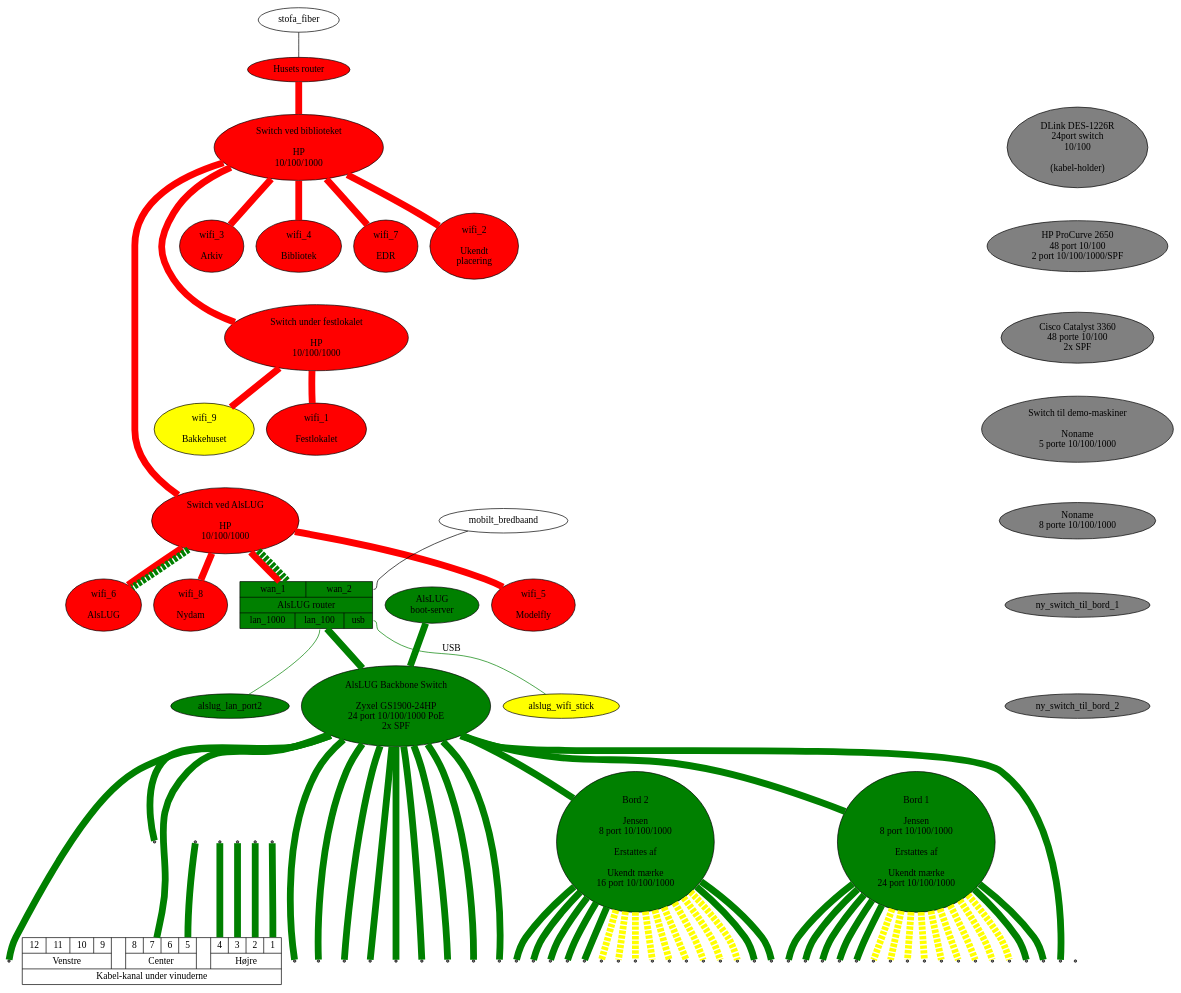
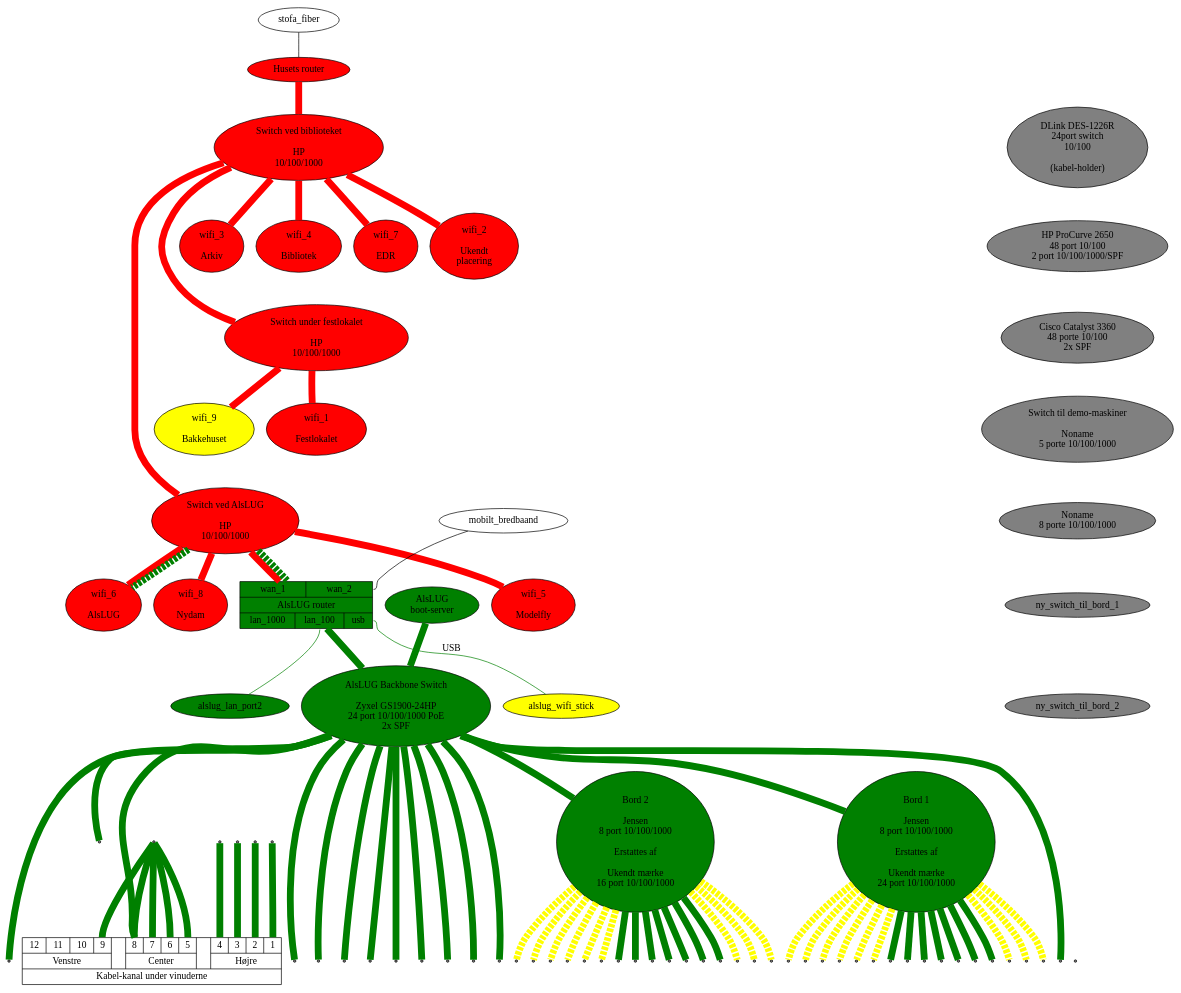
Before and after one commit to alslug/alslug.dk: the diagram in projekter/network.dot, drawn with Graphviz.

```diff
--- a/projekter/network.dot
+++ b/projekter/network.dot
@@ -1,119 +1,123 @@
 digraph xxx {
 #  link_12a [ shape=point ];
 #  link_12b [ shape=point ];
 #  link_12c [ shape=point ];
   edge [ dir=none penwidth=10 ];
 
   node [ style=filled fillcolor=red ];
   husets_router [ label="Husets router" ];
   husets_switch_1 [ label="Switch ved biblioteket\n\nHP\n10/100/1000" ];
   husets_switch_2 [ label="Switch ved AlsLUG\n\nHP\n10/100/1000" ];
   festlokale_switch [ label="Switch under festlokalet\n\nHP\n10/100/1000" ];
   wifi_1 [ label=" wifi_1 \n\n Festlokalet "                ];
   wifi_2 [ label=" wifi_2 \n\n Ukendt \n placering "        ];
   wifi_3 [ label=" wifi_3 \n\n Arkiv "                      ];
   wifi_4 [ label=" wifi_4 \n\n Bibliotek "                  ];
   wifi_5 [ label=" wifi_5 \n\n Modelfly "                   ];
   wifi_6 [ label=" wifi_6 \n\n AlsLUG "                     ];
   wifi_7 [ label=" wifi_7 \n\n EDR "                        ];
   wifi_8 [ label=" wifi_8 \n\n Nydam "                      ];
   wifi_9 [ label=" wifi_9 \n\n Bakkehuset" fillcolor=yellow ];
   
   node [ style=filled fillcolor=green ];
   alslug_router [ shape=record label="{{<wan_1> wan_1|<wan_2> wan_2}|AlsLUG router|{<lan_1000> lan_1000|<lan_100> lan_100|<usb> usb}}" ];
   alslug_gl_bootserver [ label="AlsLUG\nboot-server" ];
   alslug_backbone_switch [ label="AlsLUG Backbone Switch\n\nZyxel GS1900-24HP\n24 port 10/100/1000 PoE\n2x SPF"];
   bord_1 [ label="Bord 1\n\nJensen\n8 port 10/100/1000\n\n Erstattes af\n\nUkendt mærke\n24 port 10/100/1000"];
   bord_2 [ label="Bord 2\n\nJensen\n8 port 10/100/1000\n\n Erstattes af\n\nUkendt mærke\n16 port 10/100/1000"];
   alslug_wifi_stick alslug_lan_port2;
   
   // Udstyr som pt ikke bruges
   node [ style=filled fillcolor=gray ];
   switch_24p      [ label="DLink DES-1226R\n24port switch\n10/100\n\n(kabel-holder)"];
   switch_48p      [ label="HP ProCurve 2650\n48 port 10/100\n2 port 10/100/1000/SPF"];
   switch_48p_poe  [ label="Cisco Catalyst 3360\n48 porte 10/100\n2x SPF"];
   switch_5p       [ label="Switch til demo-maskiner\n\nNoname\n5 porte 10/100/1000" ];
   switch_8p       [ label="Noname\n8 porte 10/100/1000"];
   
   switch_24p -> switch_48p -> switch_48p_poe -> switch_5p -> switch_8p -> ny_switch_til_bord_1 -> ny_switch_til_bord_2 -> bord_1 [ color=invis ];
   
   
   node [ style=normal ];
   // Internet forbindelser
   stofa_fiber      -> husets_router:wan_1 [ penwidth=1 fillcolor=black style=filled ];
   mobilt_bredbaand -> alslug_router:wan_2 [ penwidth=1 fillcolor=black style=filled ];
   
   // Husets forbindelser
   edge  [ color=red style=solid ];
   husets_switch_1 -> festlokale_switch -> {             wifi_1                                                  wifi_9 };
   husets_router -> husets_switch_1 -> {                        wifi_2 wifi_3 wifi_4               wifi_7               };
   husets_switch_1 -> husets_switch_2 -> { alslug_router                             wifi_5 wifi_6        wifi_8        };
 
   // VLAN forbindelser over bakkensbros netværk
   edge  [ color=green style=dashed ];
   husets_switch_2 -> { alslug_router:wan_1 wifi_6 };
 
   alslug_wifi_stick [ fillcolor=yellow style=filled ];
 
   // Interne forbindelser
   edge [ color=green style=solid ];
   node [ shape=point ];
   
   {alslug_router:lan_1000 alslug_gl_bootserver} -> alslug_backbone_switch -> { bord_1 bord_2 
                   vindue:1
                   vindue:2
                   vindue:3
                   vindue:4
                   vindue:5
                   vindue:6
                   vindue:7
                   vindue:8
                   vindue:9
                   vindue:10
                   vindue:11
                   vindue:12
                   vinude_left_12  vindue_left_11  vindue_left_10  vindue_left_9
                   vindue_center_8 vindue_center_7 vindue_center_6 vindue_center_5
                   vindue_right_4  vindue_right_3  vindue_right_2  vindue_right_1
                   }
 
   alslug_router:usb -> alslug_wifi_stick [ penwidth=1 label="USB" ];
   alslug_router:lan_100 -> alslug_lan_port2 [ penwidth=1 ];
   
   bord_1 -> {
                   bord_1_1 bord_1_2 bord_1_3 bord_1_4 bord_1_5 bord_1_6 bord_1_7
                 };
   bord_1 -> {
                   bord_1_8 bord_1_9 bord_1_10 bord_1_11 bord_1_12 bord_1_13 bord_1_14 bord_1_15 bord_1_16
                 } [ style=dashed color=yellow ];
   bord_2 -> {
                   bord_2_1 bord_2_2 bord_2_3 bord_2_4 bord_2_5 bord_2_6 bord_2_7
                 };
   bord_2 -> {
                   bord_2_8 bord_2_9 bord_2_10 bord_2_11 bord_2_12 bord_2_13 bord_2_14 bord_2_15 bord_2_16
                 } [ style=dashed color=yellow ];
                 
   xxxxx1 -> vindue:1;
   xxxxx2 -> vindue:2;
   xxxxx3 -> vindue:3;
   xxxxx4 -> vindue:4;
   xxxxx5 -> vindue:5;
+  xxxxx5 -> vindue:6;
+  xxxxx5 -> vindue:7;
+  xxxxx5 -> vindue:8;
+  xxxxx5 -> vindue:9;
 
   edge [ color=invis ];
   husets_switch_1 -> wifi_2 -> festlokale_switch -> wifi_1 -> husets_switch_2;
   vindue [ shape=record label="{{ {{<12> 12|<11> 11|<10> 10|<9> 9}  | Venstre }||
                                   {{<8> 8|<7> 7|<6> 6|<5> 5}        | Center  }||
                                   {{<4> 4|<3> 3|<2> 2|<1> 1}        | Højre   }}| Kabel-kanal under vinuderne }}" ];
 
   subgraph {
     rank = same;
                   vindue;
                   vindue_left_12;   vindue_left_11;   vindue_left_10;   vindue_left_9;
                   vindue_center_8;  vindue_center_7;  vindue_center_6;  vindue_center_5;
                   vindue_right_4;   vindue_right_3;   vindue_right_2;   vindue_right_1;
                   bord_1_1;   bord_1_2;   bord_1_3;   bord_1_4;   bord_1_5;   bord_1_6;   bord_1_7;   bord_1_8;
                   bord_1_9;   bord_1_10;  bord_1_11;  bord_1_12;  bord_1_13;  bord_1_14;  bord_1_15;  bord_1_16;
                   bord_2_1;   bord_2_2;   bord_2_3;   bord_2_4;   bord_2_5;   bord_2_6;   bord_2_7;   bord_2_8;
                   bord_2_9;   bord_2_10;  bord_2_11;  bord_2_12;  bord_2_13;  bord_2_14;  bord_2_15;  bord_2_16;
   }
 }
```
